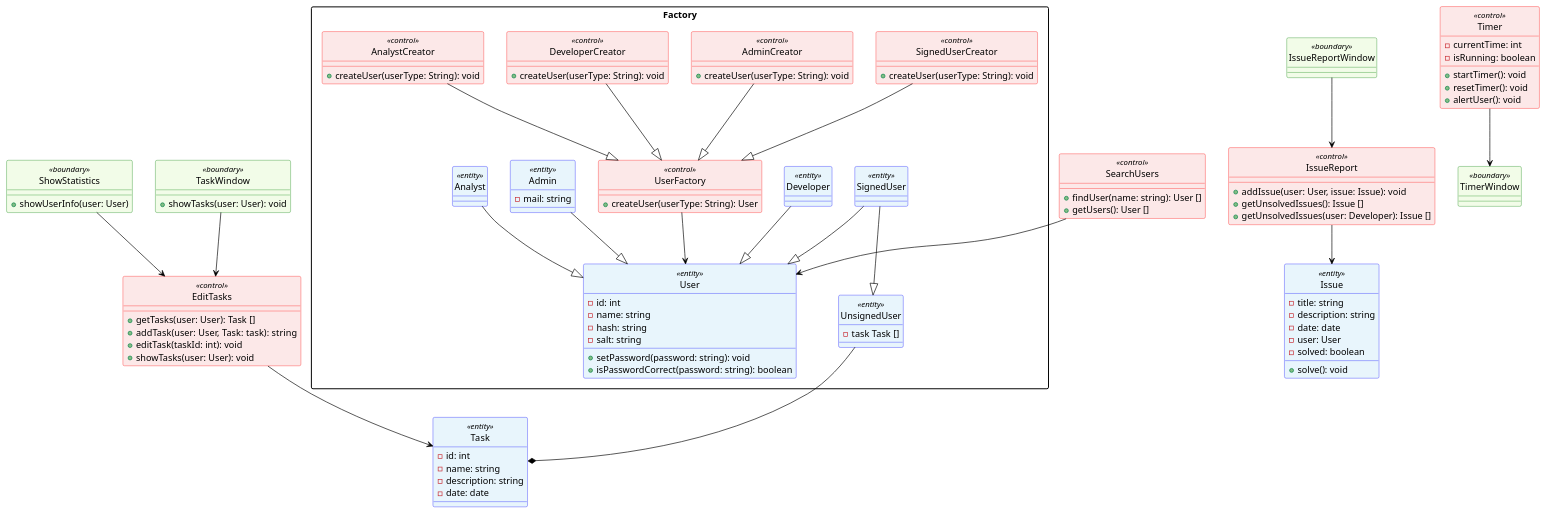
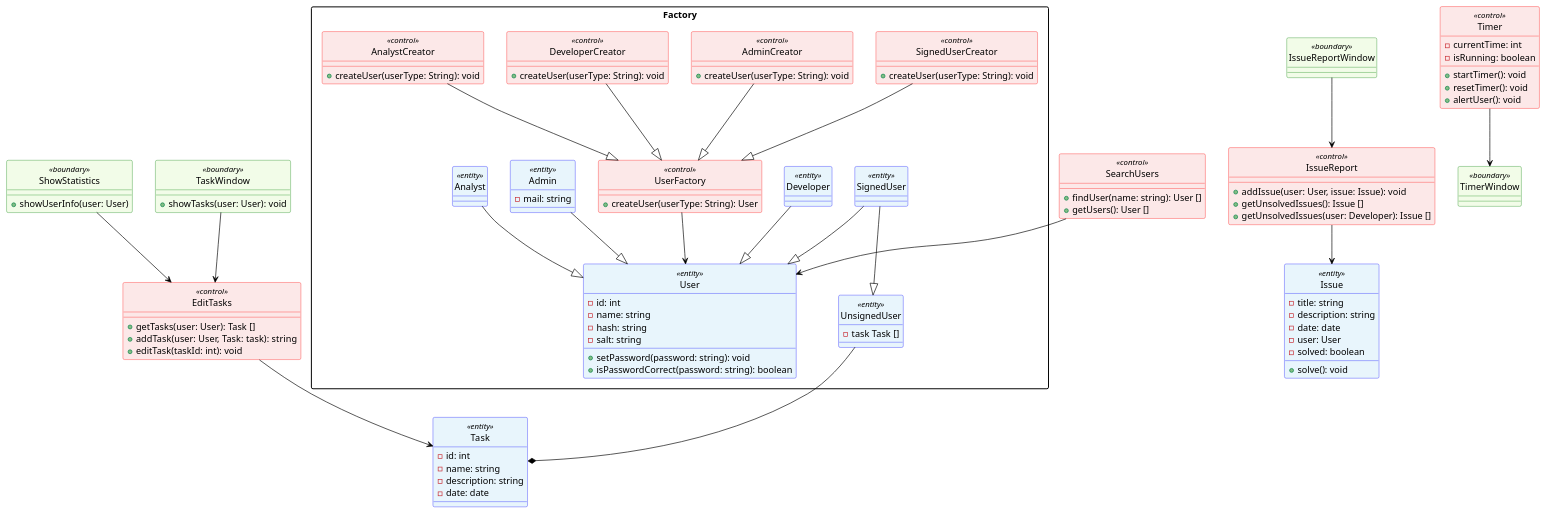
The diagram in docs/gradivo/plantuml/razredni_diagram.plantuml (juremrzek/ProductivityApp), drawn with PlantUML before and after one commit.

Commit message:
bugfix
showTasks method should not be in control diagram

```diff
--- a/docs/gradivo/plantuml/razredni_diagram.plantuml
+++ b/docs/gradivo/plantuml/razredni_diagram.plantuml
@@ -1,140 +1,139 @@
 @startuml Aplikacija produktivnosti in organizacije 
 skinparam class {
   backgroundColor white
   borderColor #5FB8EC
   arrowColor black
 }
 skinparam class<<entity>> {
   backgroundColor #e8f5fc
   borderColor Blue
 }
 skinparam class<<control>> {
   backgroundColor #fce8e8
   borderColor Red
 }
 skinparam class<<boundary>> {
   backgroundColor #f2fce8
   borderColor Green
 }
 
 'skinparam shadowing false
 skinparam defaultTextAlignment center
 skinparam packageStyle rectangle
 skinparam groupInheritance 2
 hide circle
 'hide members
 
 '---------Razredi---------------------------
 package Factory{
   Class User<<entity>> {
     -id: int
     -name: string
     -hash: string
     -salt: string 
     +setPassword(password: string): void
     +isPasswordCorrect(password: string): boolean
   }
   Class UserFactory<<control>>{
     +createUser(userType: String): User
   }
   Class SignedUser<<entity>>{
 
   }
   Class Admin<<entity>>{
     -mail: string
   }
   Class Analyst<<entity>>{
 
   }
   Class Developer<<entity>>{
 
   }
   Class UnsignedUser<<entity>> {
     -task Task []
   }
   Class SignedUserCreator<<control>>{
     +createUser(userType: String): void
   }
   Class AdminCreator<<control>>{
     +createUser(userType: String): void
   }
   Class DeveloperCreator<<control>>{
     +createUser(userType: String): void
   }
   Class AnalystCreator<<control>>{
     +createUser(userType: String): void
   }
 }
 
 Class ShowStatistics<<boundary>>{
   +showUserInfo(user: User)
 }
 Class Task<<entity>>{
   -id: int
   -name: string
   -description: string
   -date: date
 }
 class EditTasks<<control>>{
   +getTasks(user: User): Task []
   +addTask(user: User, Task: task): string
   +editTask(taskId: int): void
-  +showTasks(user: User): void
 }
 class TaskWindow<<boundary>>{
   +showTasks(user: User): void
 }
 Class Issue<<entity>>{
   -title: string
   -description: string
   -date: date
   -user: User
   -solved: boolean
   +solve(): void
 }
 Class IssueReport<<control>>{
   +addIssue(user: User, issue: Issue): void
   +getUnsolvedIssues(): Issue []
   +getUnsolvedIssues(user: Developer): Issue []
 }
 Class IssueReportWindow<<boundary>>
 
 Class SearchUsers<<control>>{
   +findUser(name: string): User []
   +getUsers(): User []
 }
 
 ' obvestiUsera - ko čas poteče, naredi popup al whatever. (better name pls)
 ' also a rabmo dodatne atribute/funkcije za pavzo?
 Class Timer<<control>>{
   -currentTime: int
   -isRunning: boolean
   +startTimer(): void
   +resetTimer(): void
   +alertUser(): void
 }
 Class TimerWindow<<boundary>>{
   
 }
 
 
 '------Povezave-----------------------
 UnsignedUser --* Task
 EditTasks --> Task
 TaskWindow --> EditTasks
 IssueReport --> Issue
 IssueReportWindow --> IssueReport
 SearchUsers --> User
 Timer --> TimerWindow
 SignedUser --|> User
 SignedUser --|> UnsignedUser
 Analyst --|> User
 Admin --|> User
 Developer --|> User
 ShowStatistics --> EditTasks
 UserFactory --> User
 SignedUserCreator --|> UserFactory
 DeveloperCreator --|> UserFactory
 AnalystCreator --|> UserFactory
 AdminCreator --|> UserFactory
 @enduml
```
